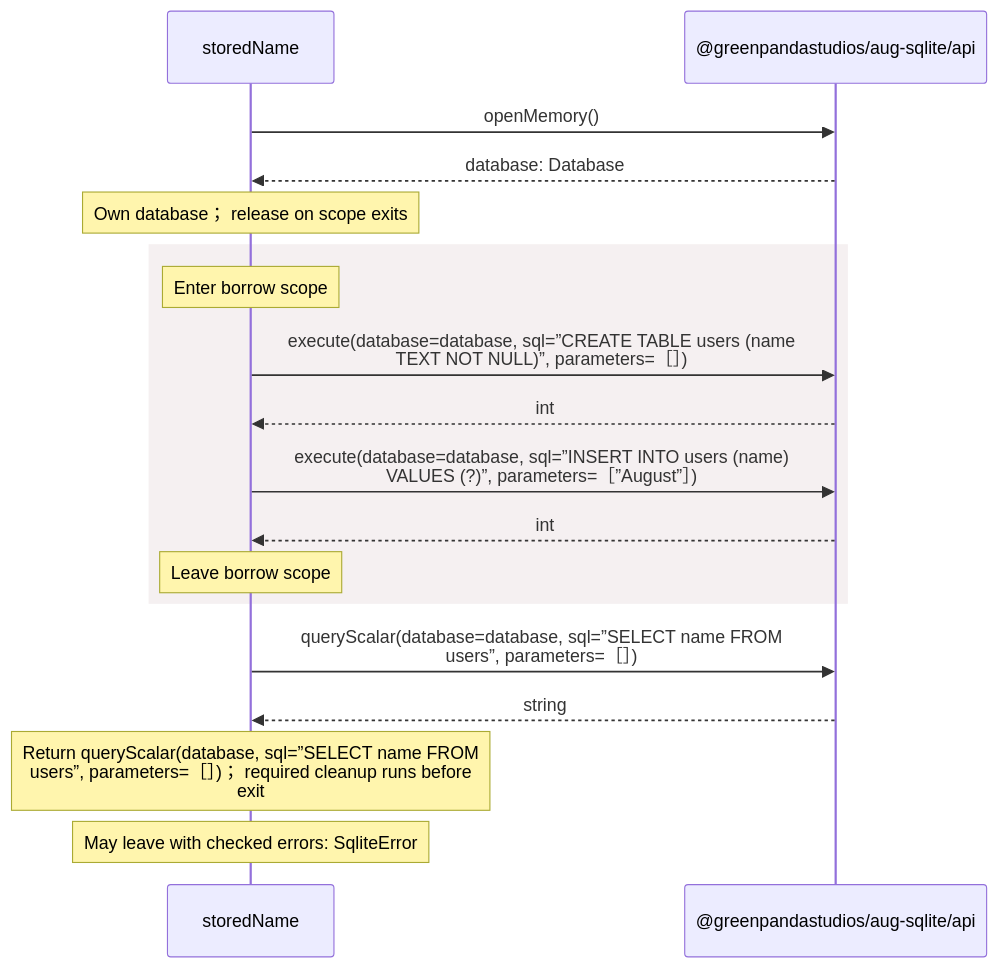
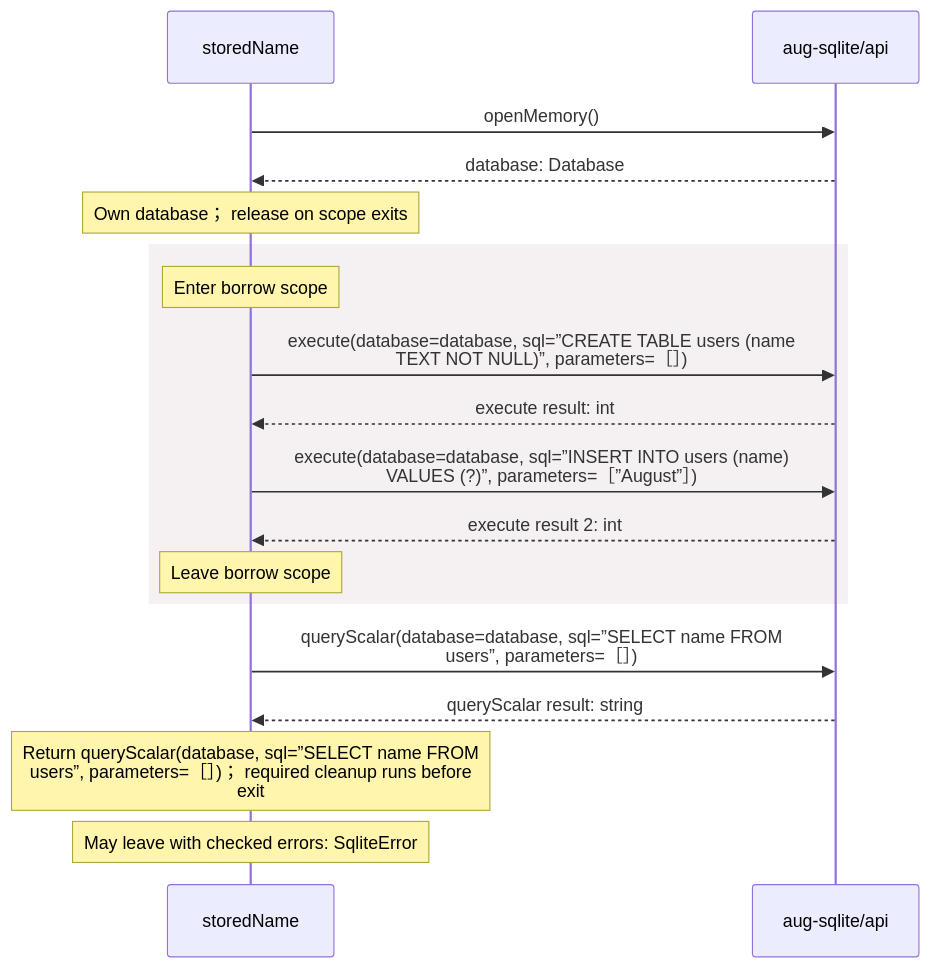
The diagram in docs/examples/native-sqlite/database-diagrams.md (GreenPandaStudios/augscript), drawn with Mermaid before and after one commit. The commit also changed other lines of this file and 304 other files, not shown here.

Commit message:
Make generated data-flow sequences concise and review every diagram

````diff
--- a/docs/examples/native-sqlite/database-diagrams.md
+++ b/docs/examples/native-sqlite/database-diagrams.md
@@ -45,20 +28,20 @@
 ```mermaid
 sequenceDiagram
     participant p0 as storedName
-    participant p1 as @greenpandastudios/aug-sqlite/api
+    participant p1 as aug-sqlite/api
     p0->>p1: openMemory()
     p1-->>p0: database: Database
     Note over p0: Own database； release on scope exits
     rect rgb(245, 240, 241)
     Note over p0: Enter borrow scope
     p0->>p1: execute(database=database, sql=”CREATE TABLE users (name<br/>TEXT NOT NULL)”, parameters=［］)
-    p1-->>p0: int
+    p1-->>p0: execute result: int
     p0->>p1: execute(database=database, sql=”INSERT INTO users (name)<br/>VALUES (?)”, parameters=［”August”］)
-    p1-->>p0: int
+    p1-->>p0: execute result 2: int
     Note over p0: Leave borrow scope
     end
     p0->>p1: queryScalar(database=database, sql=”SELECT name FROM<br/>users”, parameters=［］)
-    p1-->>p0: string
+    p1-->>p0: queryScalar result: string
     Note over p0: Return queryScalar(database, sql=”SELECT name FROM<br/>users”, parameters=［］)； required cleanup runs before<br/>exit
     Note over p0: May leave with checked errors: SqliteError
 ```
````
